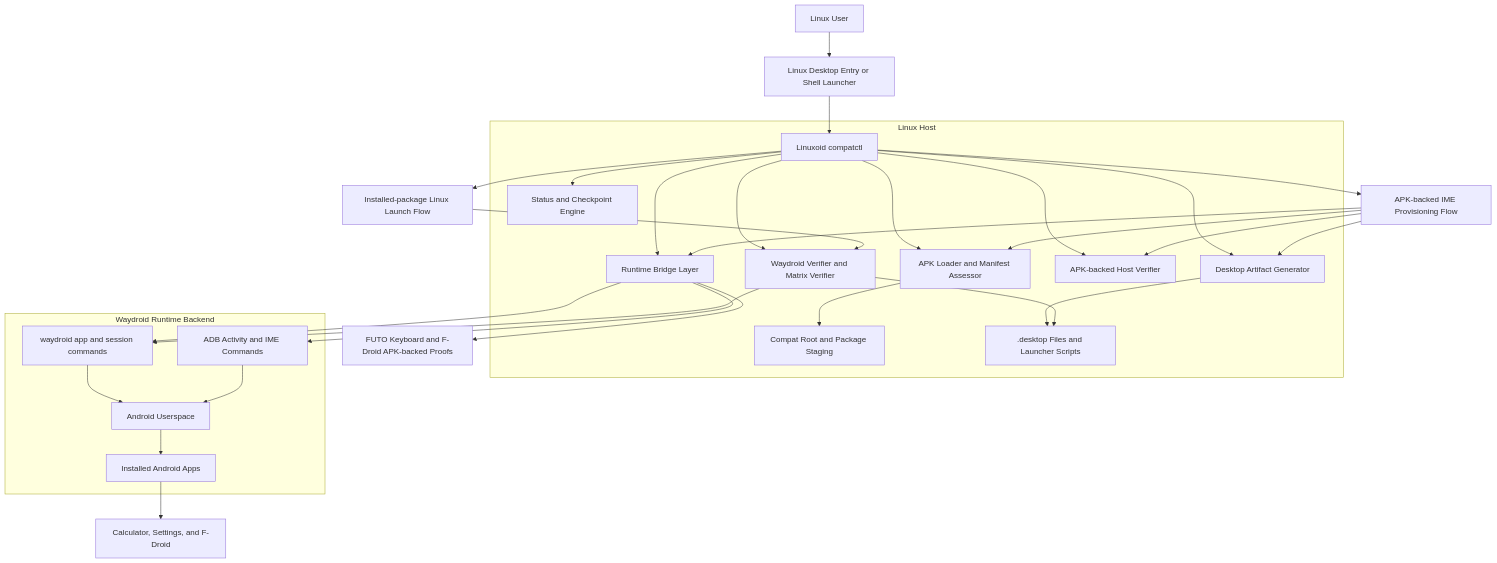
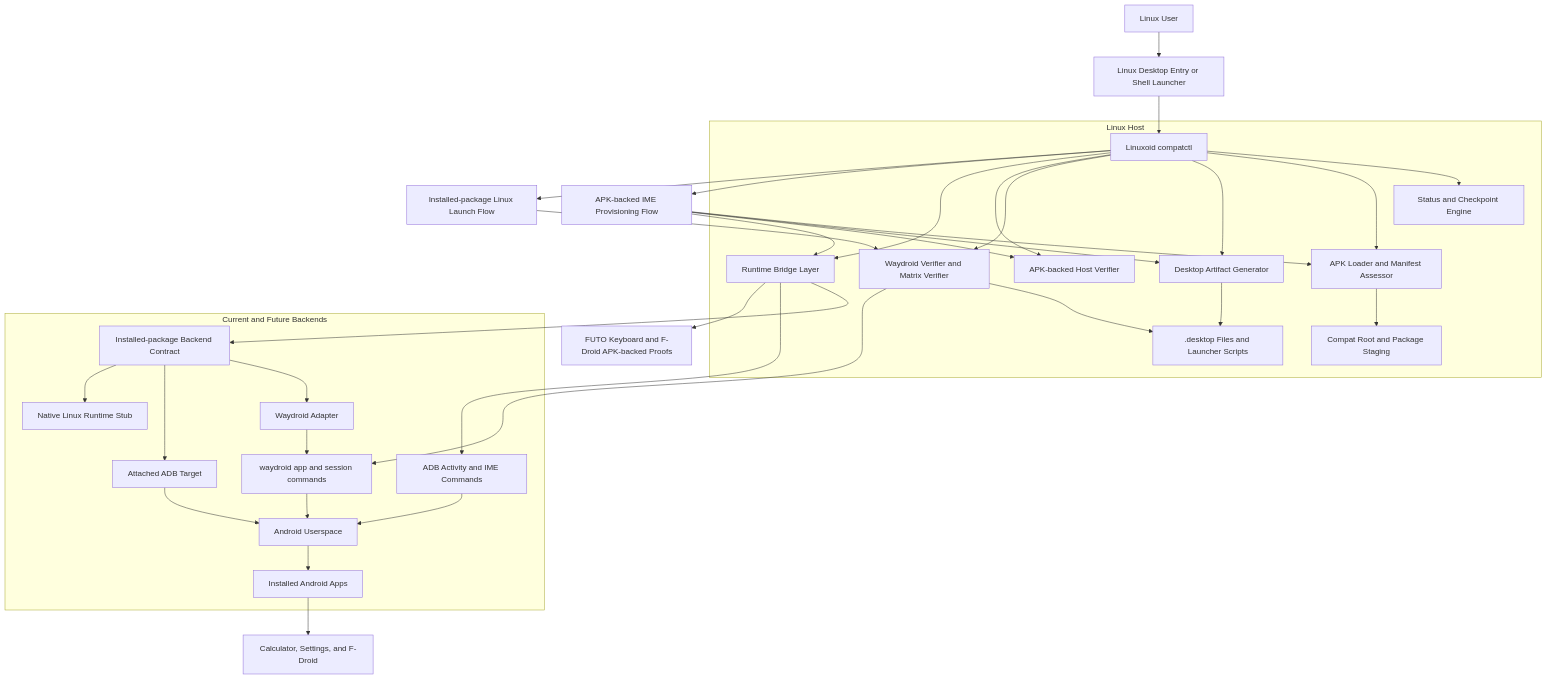
The diagram in README.md (iamawanishmaurya/Linuxoid), drawn with Mermaid before and after one commit. The commit also changed other lines of this file and 20 other files, not shown here.

Commit message:
feat: add backend-neutral installed package launch seam

````diff
--- a/README.md
+++ b/README.md
@@ -13,37 +13,43 @@
 ```mermaid
 flowchart TB
   User["Linux User"] --> Desktop["Linux Desktop Entry or Shell Launcher"]
   Desktop --> Compatctl["Linuxoid compatctl"]
 
   subgraph Host["Linux Host"]
     Compatctl --> Status["Status and Checkpoint Engine"]
     Compatctl --> Loader["APK Loader and Manifest Assessor"]
     Compatctl --> Desktopify["Desktop Artifact Generator"]
     Compatctl --> Verifier["Waydroid Verifier and Matrix Verifier"]
     Compatctl --> ApkVerifier["APK-backed Host Verifier"]
     Compatctl --> Runtime["Runtime Bridge Layer"]
     Loader --> CompatRoot["Compat Root and Package Staging"]
     Desktopify --> DesktopFiles[".desktop Files and Launcher Scripts"]
   end
 
-  subgraph Backend["Waydroid Runtime Backend"]
-    Runtime --> WaydroidCLI["waydroid app and session commands"]
-    Runtime --> AdbBridge["ADB Activity and IME Commands"]
+  Runtime --> BackendContract["Installed-package Backend Contract"]
+  Runtime --> AdbBridge["ADB Activity and IME Commands"]
+
+  subgraph Backend["Current and Future Backends"]
+    BackendContract --> WaydroidAdapter["Waydroid Adapter"]
+    BackendContract --> AttachedAdb["Attached ADB Target"]
+    BackendContract --> NativeStub["Native Linux Runtime Stub"]
+    WaydroidAdapter --> WaydroidCLI["waydroid app and session commands"]
     WaydroidCLI --> Android["Android Userspace"]
+    AttachedAdb --> Android
     AdbBridge --> Android
     Android --> InstalledApps["Installed Android Apps"]
   end
 
   Compatctl --> KeyboardFlow["APK-backed IME Provisioning Flow"]
   KeyboardFlow --> Loader
   KeyboardFlow --> Desktopify
   KeyboardFlow --> ApkVerifier
   KeyboardFlow --> Runtime
   Runtime --> KeyboardApp["FUTO Keyboard and F-Droid APK-backed Proofs"]
 
   Compatctl --> InstalledFlow["Installed-package Linux Launch Flow"]
   InstalledFlow --> Verifier
   Verifier --> DesktopFiles
   Verifier --> WaydroidCLI
   InstalledApps --> ProvenApps["Calculator, Settings, and F-Droid"]
 ```
````
